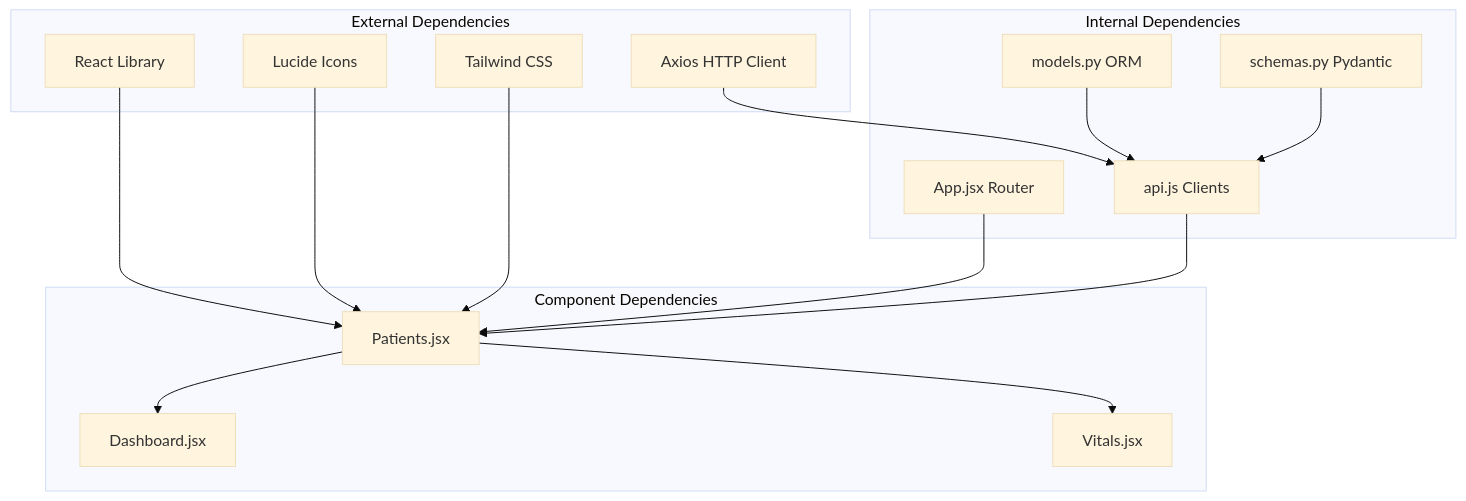
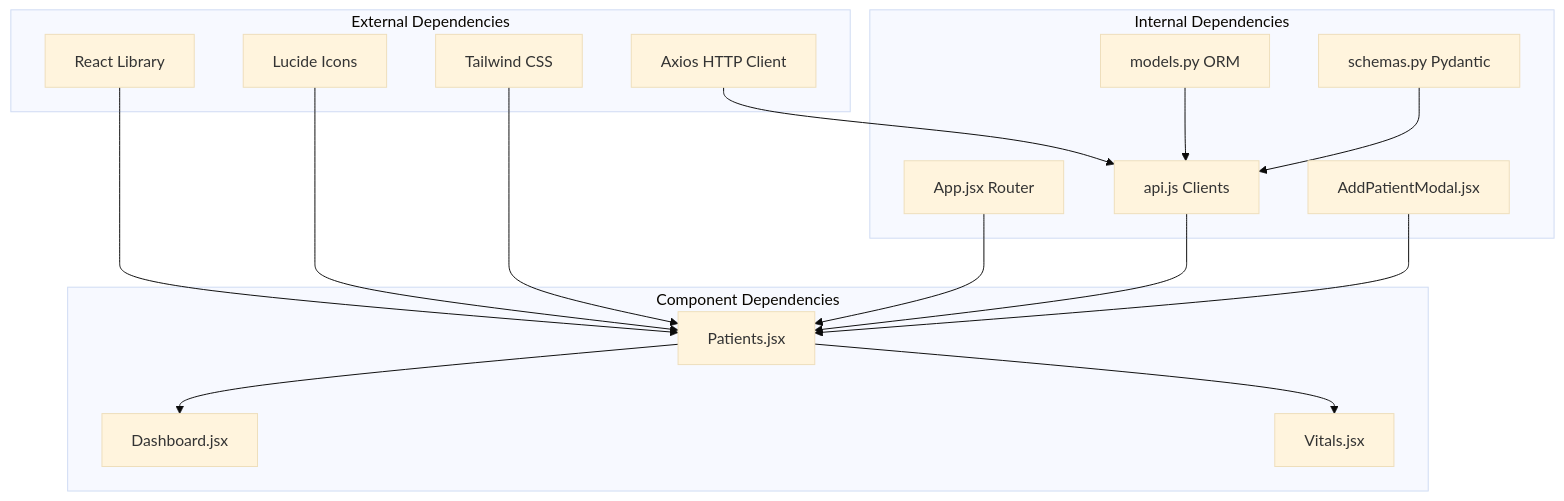
The ninth of 9 diagrams in .qoder/repowiki/en/content/Frontend Component Architecture/Patients Component.md (kasliwalsarthak7972/smart-healthcare-dashboard), drawn with Mermaid (base theme) before and after one commit. The commit also changed other lines of this file and 7 other files, not shown here.

````diff
--- a/.qoder/repowiki/en/content/Frontend Component Architecture/Patients Component.md
+++ b/.qoder/repowiki/en/content/Frontend Component Architecture/Patients Component.md
@@ -252,30 +335,32 @@
 ```mermaid
 graph TD
 subgraph "External Dependencies"
 React[React Library]
 Lucide[Lucide Icons]
 Axios[Axios HTTP Client]
 Tailwind[Tailwind CSS]
 end
 subgraph "Internal Dependencies"
 App[App.jsx Router]
 API[api.js Clients]
 Models[models.py ORM]
 Schemas[schemas.py Pydantic]
+AddModal[AddPatientModal.jsx]
 end
 subgraph "Component Dependencies"
 Patients[Patients.jsx]
 Dashboard[Dashboard.jsx]
 Vitals[Vitals.jsx]
 end
 React --> Patients
 Lucide --> Patients
 Axios --> API
 Tailwind --> Patients
 App --> Patients
 API --> Patients
+AddModal --> Patients
 Models --> API
 Schemas --> API
 Patients --> Dashboard
 Patients --> Vitals
 ```
````
